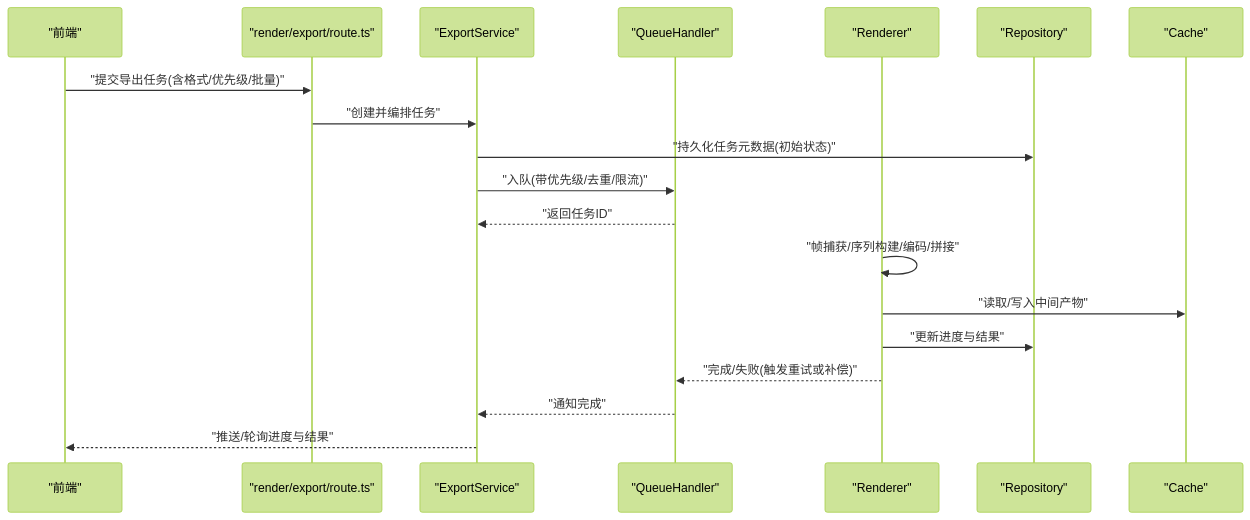
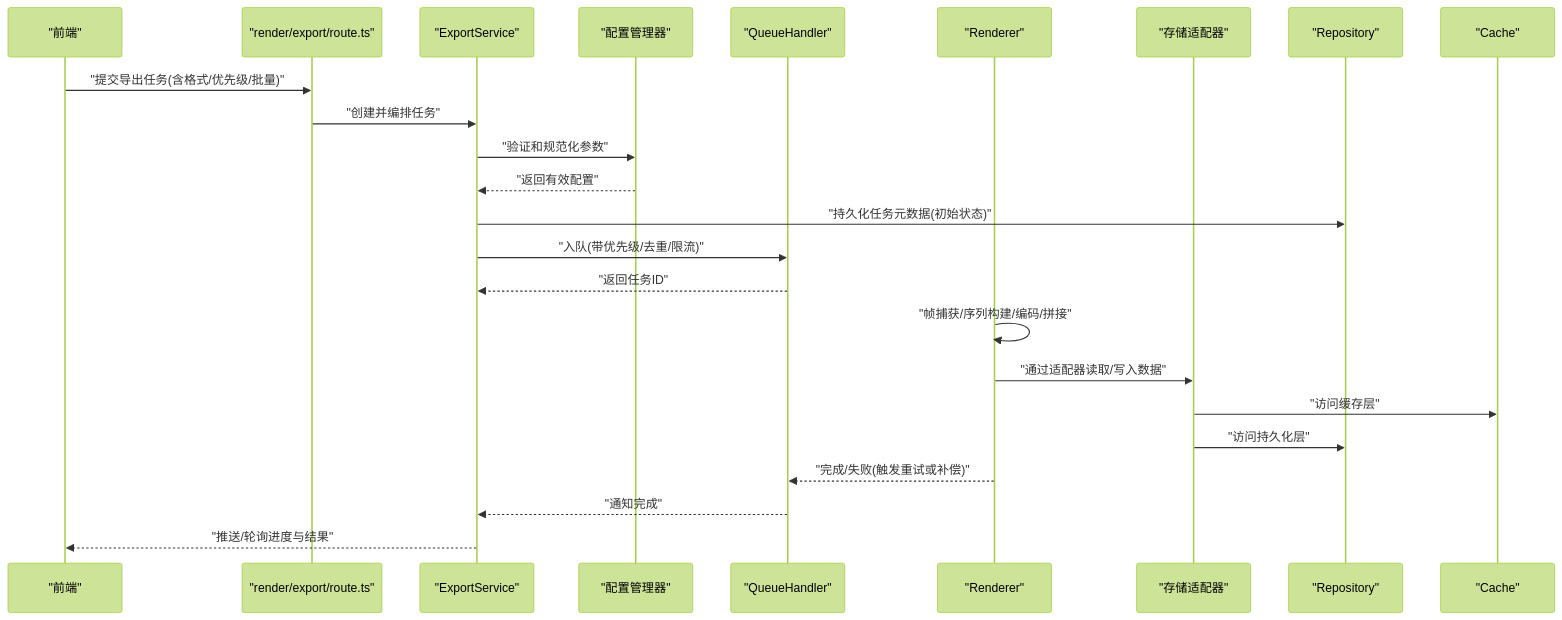
The second of 10 diagrams in .qoder/repowiki/zh/content/核心功能模块/渲染引擎/导出服务.md (AIMFllyYS/code-video-canvas), drawn with Mermaid (forest theme) before and after one commit. The commit also changed other lines of this file and 31 other files, not shown here.

````diff
--- a/.qoder/repowiki/zh/content/核心功能模块/渲染引擎/导出服务.md
+++ b/.qoder/repowiki/zh/content/核心功能模块/渲染引擎/导出服务.md
@@ -130,21 +167,26 @@
 ```mermaid
 sequenceDiagram
 participant FE as "前端"
 participant API as "render/export/route.ts"
 participant ES as "ExportService"
+participant CFG as "配置管理器"
 participant QH as "QueueHandler"
 participant RN as "Renderer"
+participant SA as "存储适配器"
 participant RP as "Repository"
 participant CA as "Cache"
 FE->>API : "提交导出任务(含格式/优先级/批量)"
 API->>ES : "创建并编排任务"
+ES->>CFG : "验证和规范化参数"
+CFG-->>ES : "返回有效配置"
 ES->>RP : "持久化任务元数据(初始状态)"
 ES->>QH : "入队(带优先级/去重/限流)"
 QH-->>ES : "返回任务ID"
 RN->>RN : "帧捕获/序列构建/编码/拼接"
-RN->>CA : "读取/写入中间产物"
-RN->>RP : "更新进度与结果"
+RN->>SA : "通过适配器读取/写入数据"
+SA->>CA : "访问缓存层"
+SA->>RP : "访问持久化层"
 RN-->>QH : "完成/失败(触发重试或补偿)"
 QH-->>ES : "通知完成"
 ES-->>FE : "推送/轮询进度与结果"
 ```
````
